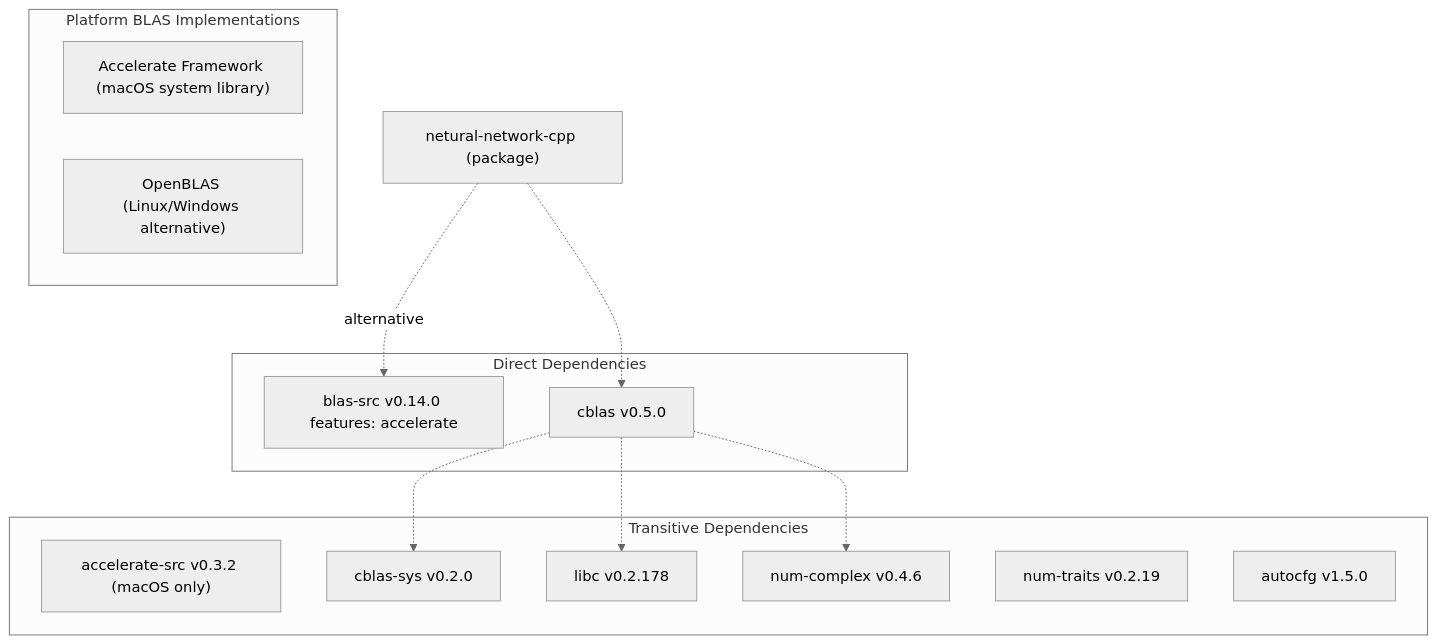
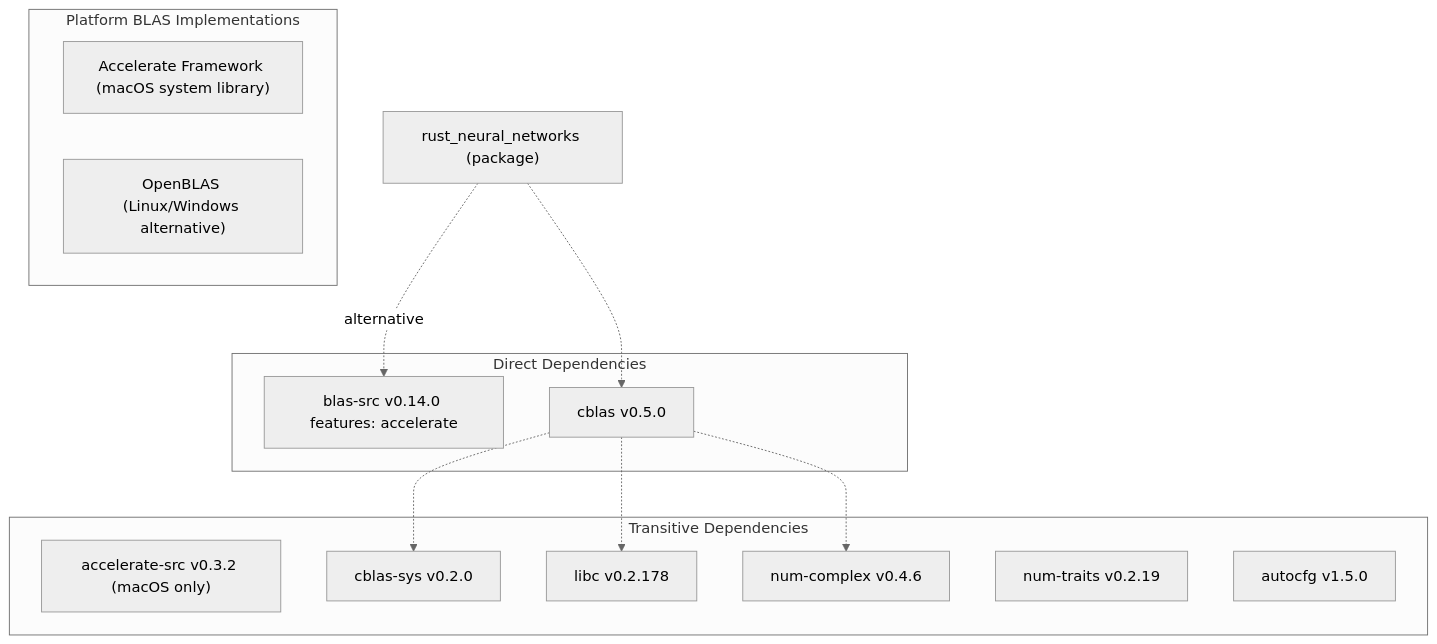
The second of 3 diagrams in docs/6 Development-Reference.md (ThalesMMS/Rust-Neural-Networks), drawn with Mermaid (neutral theme) before and after one commit. The commit also changed other lines of this file and 5 other files, not shown here.

First line of the commit message:
Rename package to rust_neural_networks

````diff
--- a/docs/6 Development-Reference.md
+++ b/docs/6 Development-Reference.md
@@ -132,40 +132,40 @@
 ```mermaid
 flowchart TD
 
-PROJ["netural-network-cpp (package)"]
+PROJ["rust_neural_networks (package)"]
 BLAS_SRC["blas-src v0.14.0 features: accelerate"]
 CBLAS["cblas v0.5.0"]
 ACCEL_SRC["accelerate-src v0.3.2 (macOS only)"]
 CBLAS_SYS["cblas-sys v0.2.0"]
 LIBC["libc v0.2.178"]
 NUM_COMPLEX["num-complex v0.4.6"]
 NUM_TRAITS["num-traits v0.2.19"]
 AUTOCFG["autocfg v1.5.0"]
 ACCELERATE["Accelerate Framework (macOS system library)"]
 OPENBLAS["OpenBLAS (Linux/Windows alternative)"]
 
 PROJ -.->|"alternative"| BLAS_SRC
 PROJ -.-> CBLAS
 CBLAS -.-> CBLAS_SYS
 CBLAS -.-> LIBC
 CBLAS -.-> NUM_COMPLEX
 
 subgraph subGraph2 ["Platform BLAS Implementations"]
     ACCELERATE
     OPENBLAS
 end
 
 subgraph subGraph1 ["Transitive Dependencies"]
     ACCEL_SRC
     CBLAS_SYS
     LIBC
     NUM_COMPLEX
     NUM_TRAITS
     AUTOCFG
 end
 
 subgraph subGraph0 ["Direct Dependencies"]
     BLAS_SRC
     CBLAS
 end
 ```
````
